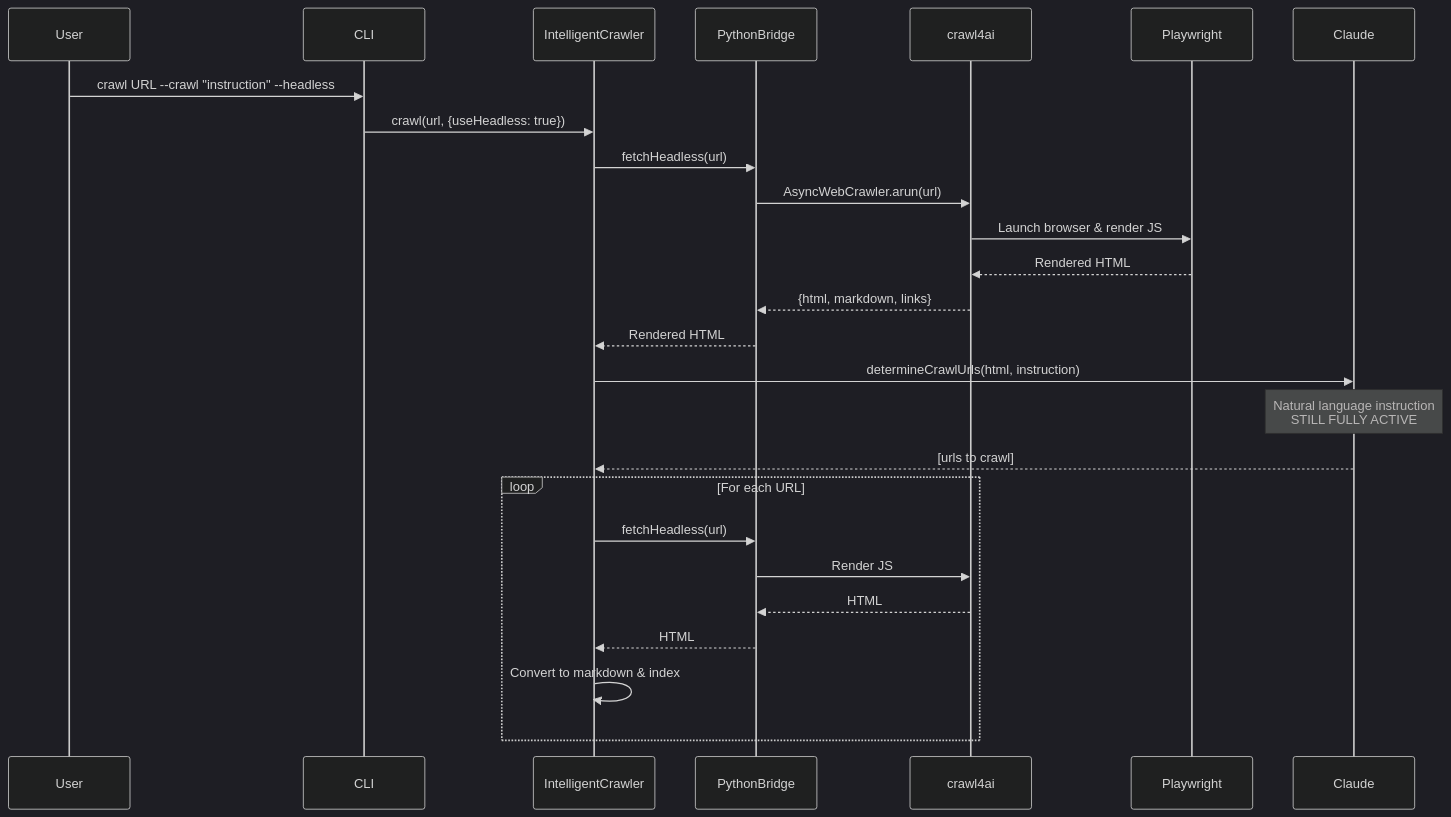
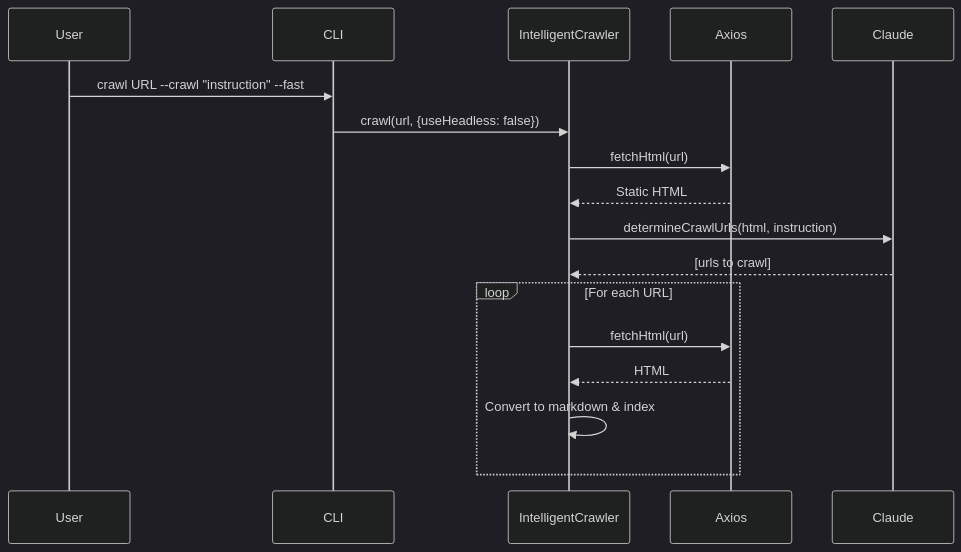
One commit to blueraai/bluera-knowledge changed the second of 2 diagrams in README.md. Above: the diagram before and after it, drawn with Mermaid (dark theme). The commit also changed other lines of this file and 16 other files, not shown here.

First line of the commit message:
feat(crawl): default to headless mode for maximum reliability

````diff
--- a/README.md
+++ b/README.md
@@ -803,29 +813,20 @@
 ```mermaid
 sequenceDiagram
     participant User
     participant CLI
     participant IntelligentCrawler
-    participant PythonBridge
-    participant crawl4ai
-    participant Playwright
+    participant Axios
     participant Claude
 
-    User->>CLI: crawl URL --crawl "instruction" --headless
-    CLI->>IntelligentCrawler: crawl(url, {useHeadless: true})
-    IntelligentCrawler->>PythonBridge: fetchHeadless(url)
-    PythonBridge->>crawl4ai: AsyncWebCrawler.arun(url)
-    crawl4ai->>Playwright: Launch browser & render JS
-    Playwright-->>crawl4ai: Rendered HTML
-    crawl4ai-->>PythonBridge: {html, markdown, links}
-    PythonBridge-->>IntelligentCrawler: Rendered HTML
+    User->>CLI: crawl URL --crawl "instruction" --fast
+    CLI->>IntelligentCrawler: crawl(url, {useHeadless: false})
+    IntelligentCrawler->>Axios: fetchHtml(url)
+    Axios-->>IntelligentCrawler: Static HTML
     IntelligentCrawler->>Claude: determineCrawlUrls(html, instruction)
-    Note over Claude: Natural language instruction<br/>STILL FULLY ACTIVE
     Claude-->>IntelligentCrawler: [urls to crawl]
     loop For each URL
-        IntelligentCrawler->>PythonBridge: fetchHeadless(url)
-        PythonBridge->>crawl4ai: Render JS
-        crawl4ai-->>PythonBridge: HTML
-        PythonBridge-->>IntelligentCrawler: HTML
+        IntelligentCrawler->>Axios: fetchHtml(url)
+        Axios-->>IntelligentCrawler: HTML
         IntelligentCrawler->>IntelligentCrawler: Convert to markdown & index
     end
 ```
````
